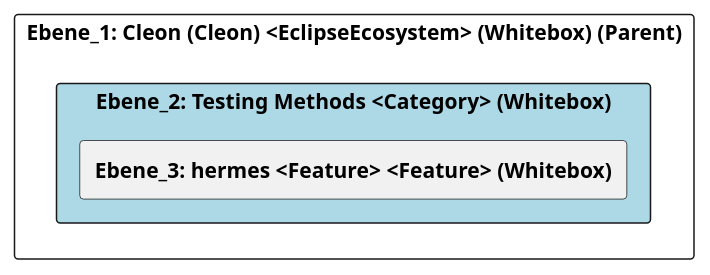
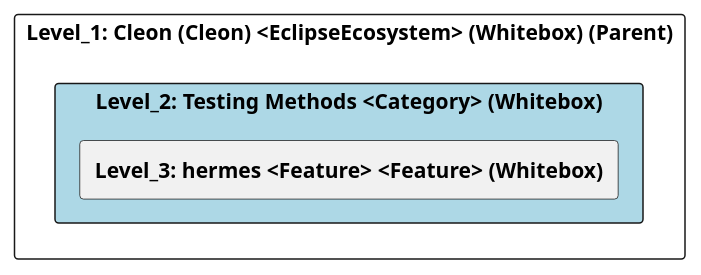
Before and after one commit to marcozwyssig/cleon: the diagram in doc/cleonproject_deliverables_architecture_model_architecture/adoc/de/05_bausteinsicht/cleon/testing_methods/ebene_2_testing methods.adoc, drawn with PlantUML. The commit also changed other lines of this file and 83 other files, not shown here.

```diff
--- a/doc/cleonproject_deliverables_architecture_model_architecture/adoc/de/05_bausteinsicht/cleon/testing_methods/ebene_2_testing methods.adoc
+++ b/doc/cleonproject_deliverables_architecture_model_architecture/adoc/de/05_bausteinsicht/cleon/testing_methods/ebene_2_testing methods.adoc
@@ -21,24 +21,24 @@
-[plantuml, Ebene_2: Testing Methods <Category> (Whitebox)BlockOverview, format="svg"]
+[plantuml, Level_2: Testing Methods <Category> (Whitebox)BlockOverview, format="svg"]
 ----
-@startuml Ebene_2: Testing Methods <Category> (Whitebox)BuildingBlockOverview
+@startuml Level_2: Testing Methods <Category> (Whitebox)BuildingBlockOverview
 
 skinparam ranksep 10
 skinparam componentStyle rectangle
 skinparam shadowing false
 skinparam arrowColor lightblue
 skinparam arrowThickness 1.2
 skinparam rectangle {
   BackgroundColor White
   BorderColor #333
   RoundCorner 10
 }
 top to bottom direction
 
-component "Ebene_1: Cleon (Cleon) <EclipseEcosystem> (Whitebox) (Parent)" {
-    component "Ebene_2: Testing Methods <Category> (Whitebox)" #lightblue {
-        [**Ebene_3: hermes <Feature> <Feature> (Whitebox)**] as 49057F35_D579_11EE_903E_9F564E4DE07E
+component "Level_1: Cleon (Cleon) <EclipseEcosystem> (Whitebox) (Parent)" {
+    component "Level_2: Testing Methods <Category> (Whitebox)" #lightblue {
+        [**Level_3: hermes <Feature> <Feature> (Whitebox)**] as 49057F35_D579_11EE_903E_9F564E4DE07E
     }
 }
 
 @enduml
 ----
```
